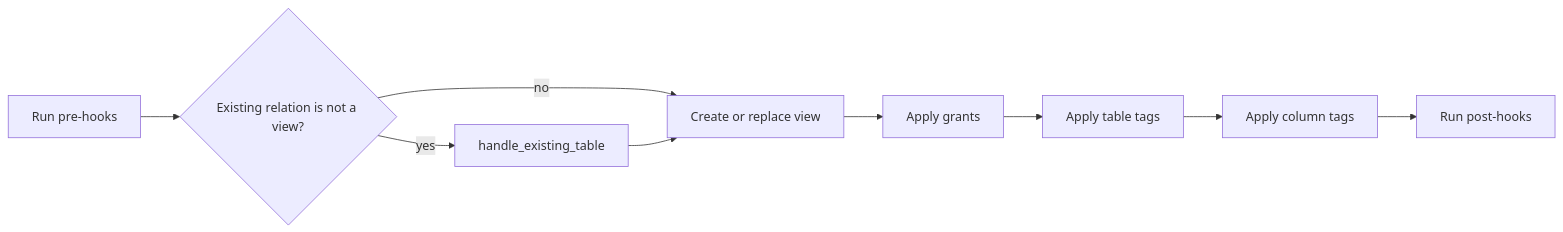
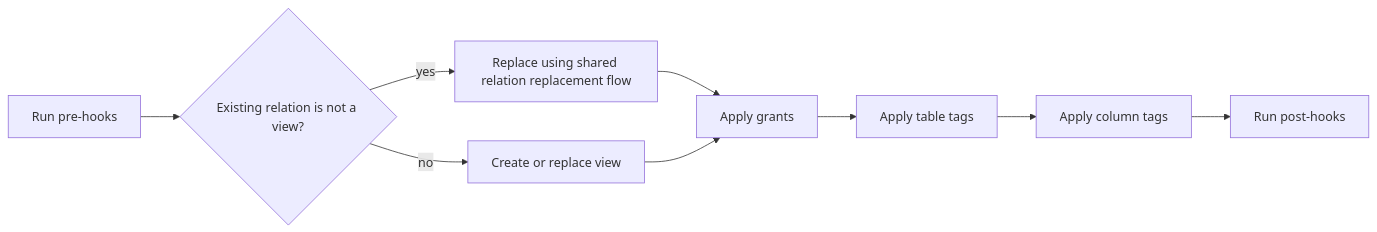
One commit to databricks/dbt-databricks changed the first of 2 diagrams in docs/flow/view_flow.md. Above: the diagram before and after it, drawn with Mermaid. The commit also changed other lines of this file and 4 other files, not shown here.

First line of the commit message:
fix: use shared replacement flow for V1 view conversions (#1688)

````diff
--- a/docs/flow/view_flow.md
+++ b/docs/flow/view_flow.md
@@ -11,11 +11,11 @@
 ```mermaid
 flowchart LR
     PRE[Run pre-hooks] --> WRONG{Existing relation is not a view?}
-    WRONG -- yes --> HANDLE[handle_existing_table]
+    WRONG -- yes --> REPLACE[Replace using shared relation replacement flow]
     WRONG -- no --> CREATE[Create or replace view]
-    HANDLE --> CREATE
+    REPLACE --> GRANTS
     CREATE --> GRANTS[Apply grants]
     GRANTS --> TAGS[Apply table tags]
     TAGS --> COLTAGS[Apply column tags]
     COLTAGS --> POST[Run post-hooks]
 ```
````
